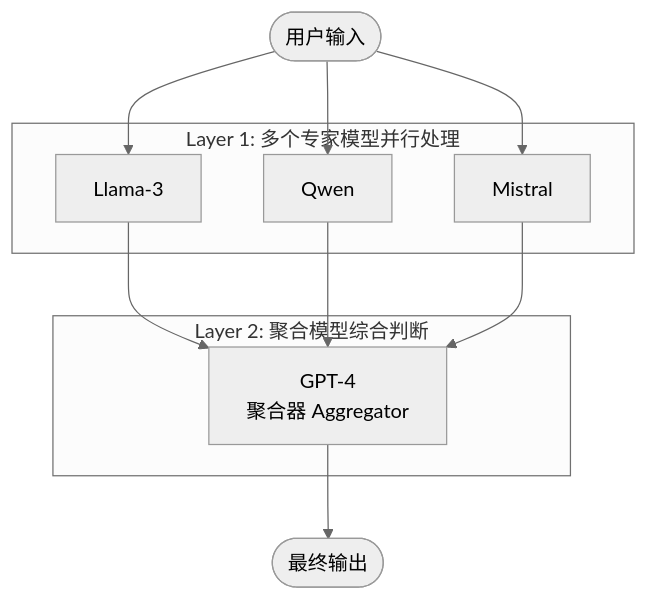
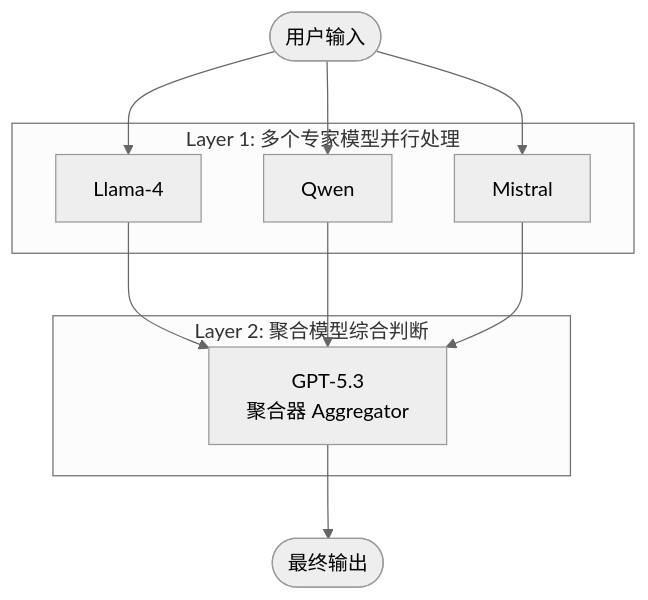
The diagram in 05_collaboration/5.3_dynamic_teaming.md (yeasy/agentic_ai_guide), drawn with Mermaid (neutral theme) before and after one commit. The commit also changed other lines of this file and 17 other files, not shown here.

````diff
--- a/05_collaboration/5.3_dynamic_teaming.md
+++ b/05_collaboration/5.3_dynamic_teaming.md
@@ -200,22 +200,22 @@
 ```mermaid
 graph TD
     subgraph Layer1 [Layer 1: 多个专家模型并行处理]
-        M1[Llama-3]
+        M1[Llama-4]
         M2[Qwen]
         M3[Mistral]
     end
     
     subgraph Layer2 [Layer 2: 聚合模型综合判断]
-        Agg[GPT-4<br>聚合器 Aggregator]
+        Agg[GPT-5.3<br>聚合器 Aggregator]
     end
     
     Input([用户输入]) --> M1
     Input --> M2
     Input --> M3
     
     M1 --> Agg
     M2 --> Agg
     M3 --> Agg
     
     Agg --> Output([最终输出])
 ```
````
